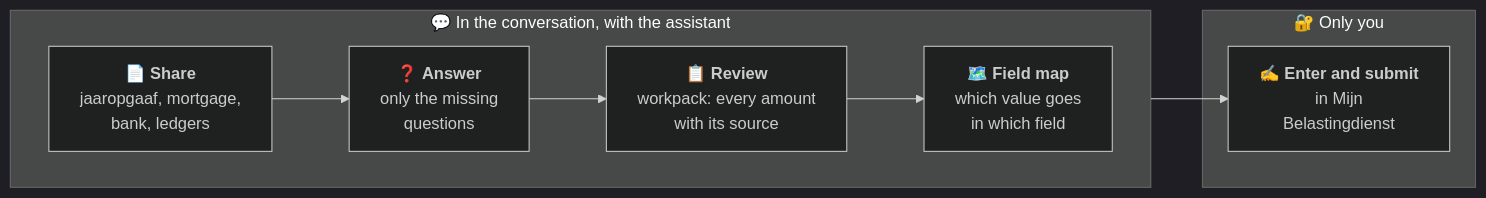
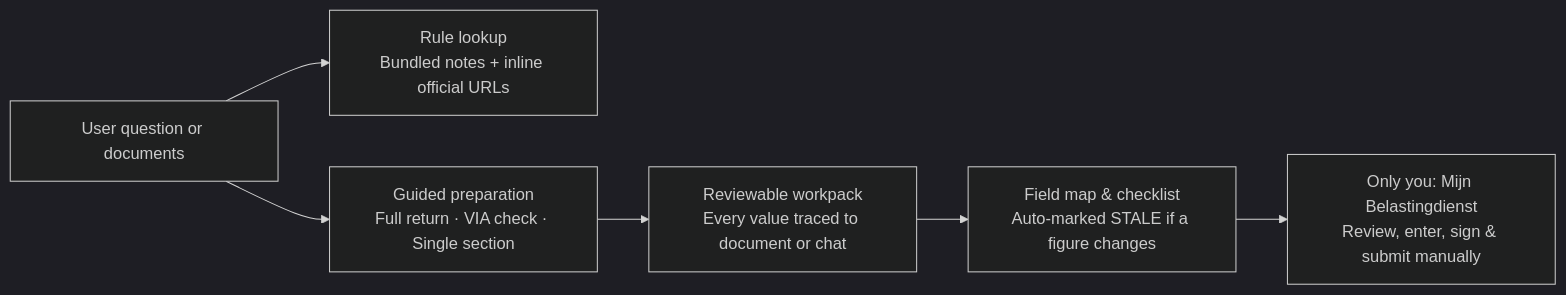
Before and after one commit to cyanxxy/nl-tax-agent-skills: the diagram in README.md, drawn with Mermaid (dark theme). The commit also changed other lines of this file and 193 other files, not shown here.

First line of the commit message:
Release 0.6.0: 13 skills, inline sources, prefilled-return mode

````diff
--- a/README.md
+++ b/README.md
@@ -27,13 +55,8 @@
 ```mermaid
 flowchart LR
-    subgraph chat["💬 In the conversation, with the assistant"]
-        direction LR
-        A["📄 <b>Share</b><br/>jaaropgaaf, mortgage,<br/>bank, ledgers"] --> B["❓ <b>Answer</b><br/>only the missing<br/>questions"]
-        B --> C["📋 <b>Review</b><br/>workpack: every amount<br/>with its source"]
-        C --> D["🗺️ <b>Field map</b><br/>which value goes<br/>in which field"]
-    end
-    subgraph portal["🔐 Only you"]
-        E["✍️ <b>Enter and submit</b><br/>in Mijn<br/>Belastingdienst"]
-    end
-    D --> E
+    Q["User question or documents"] --> M1["Rule lookup<br/>Bundled notes + inline official URLs"]
+    Q --> M2["Guided preparation<br/>Full return · VIA check · Single section"]
+    M2 --> W["Reviewable workpack<br/>Every value traced to document or chat"]
+    W --> F["Field map & checklist<br/>Auto-marked STALE if a figure changes"]
+    F --> P["Only you: Mijn Belastingdienst<br/>Review, enter, sign & submit manually"]
 ```
````
